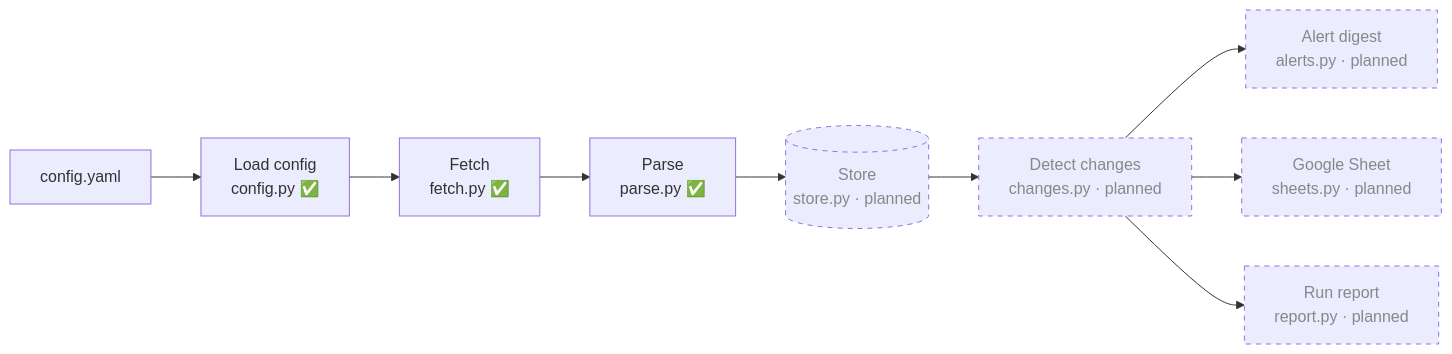
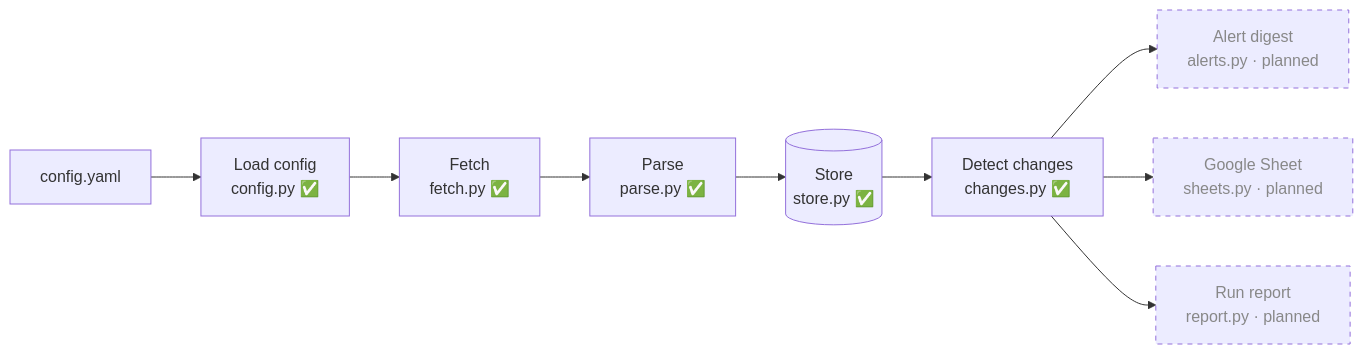
The first of 9 diagrams in ARCHITECTURE.md (yahani/kestrel), drawn with Mermaid before and after one commit. The commit also changed other lines of this file and 2 other files, not shown here.

Commit message:
Update ARCHITECTURE.md, README and PROGRESS.md for end of session 3

````diff
--- a/ARCHITECTURE.md
+++ b/ARCHITECTURE.md
@@ -19,14 +20,14 @@
 ```mermaid
 flowchart LR
     cfg[config.yaml] --> load["Load config<br/>config.py ✅"]
     load --> fetch["Fetch<br/>fetch.py ✅"]
     fetch --> parse["Parse<br/>parse.py ✅"]
-    parse --> store[("Store<br/>store.py · planned")]
-    store --> detect["Detect changes<br/>changes.py · planned"]
+    parse --> store[("Store<br/>store.py ✅")]
+    store --> detect["Detect changes<br/>changes.py ✅"]
     detect --> alert["Alert digest<br/>alerts.py · planned"]
     detect --> sheets["Google Sheet<br/>sheets.py · planned"]
     detect --> report["Run report<br/>report.py · planned"]
 
     classDef planned stroke-dasharray: 5 5,color:#888
-    class store,detect,alert,sheets,report planned
+    class alert,sheets,report planned
 ```
````
